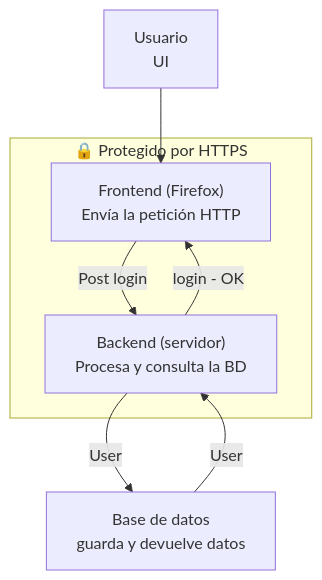
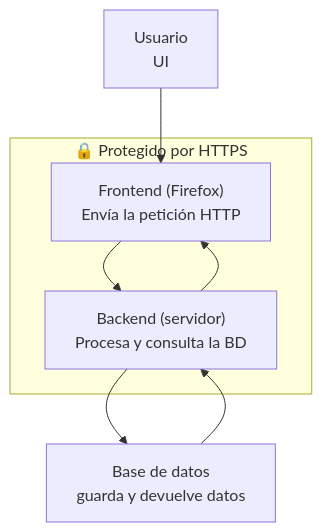
The diagram in Modulo_I/Objetivo_1_Mapeo_Logico/objetivo_1_mapeo_logico.md (MariJeans/software-seguro), drawn with Mermaid before and after one commit.

Commit message:
objetivo 1.1

````diff
--- a/Modulo_I/Objetivo_1_Mapeo_Logico/objetivo_1_mapeo_logico.md
+++ b/Modulo_I/Objetivo_1_Mapeo_Logico/objetivo_1_mapeo_logico.md
@@ -1,13 +1,13 @@
 ```mermaid
 flowchart TD
     Usuario["Usuario<br/>UI"] --> Frontend
-    Frontend["Frontend (Firefox)<br/>Envía la petición HTTP"] -->|Post login| Backend
-    Backend["Backend (servidor)<br/>Procesa y consulta la BD"] -->|login - OK| Frontend
-    Backend -->|User| BD["Base de datos<br/>guarda y devuelve datos"]
-    BD -->|User| Backend
+    Frontend["Frontend (Firefox)<br/>Envía la petición HTTP"] --> Backend
+    Backend["Backend (servidor)<br/>Procesa y consulta la BD"] --> Frontend
+    Backend --> BD["Base de datos<br/>guarda y devuelve datos"]
+    BD --> Backend
 
     subgraph HTTPS["🔒 Protegido por HTTPS"]
         Frontend
         Backend
     end
 ```
````
